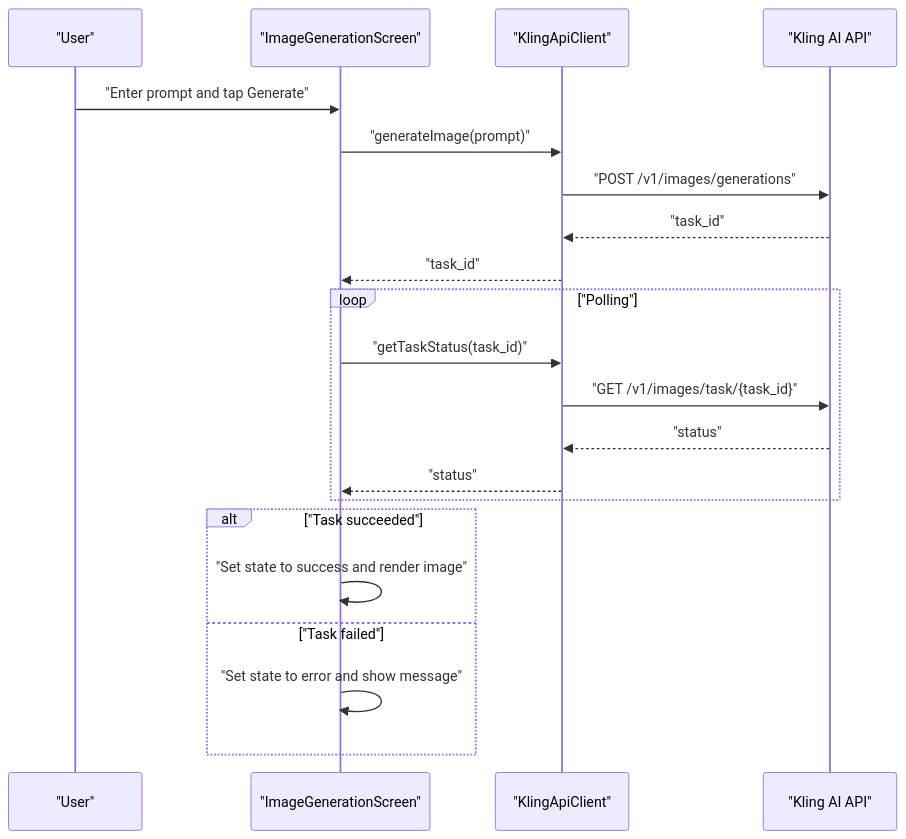
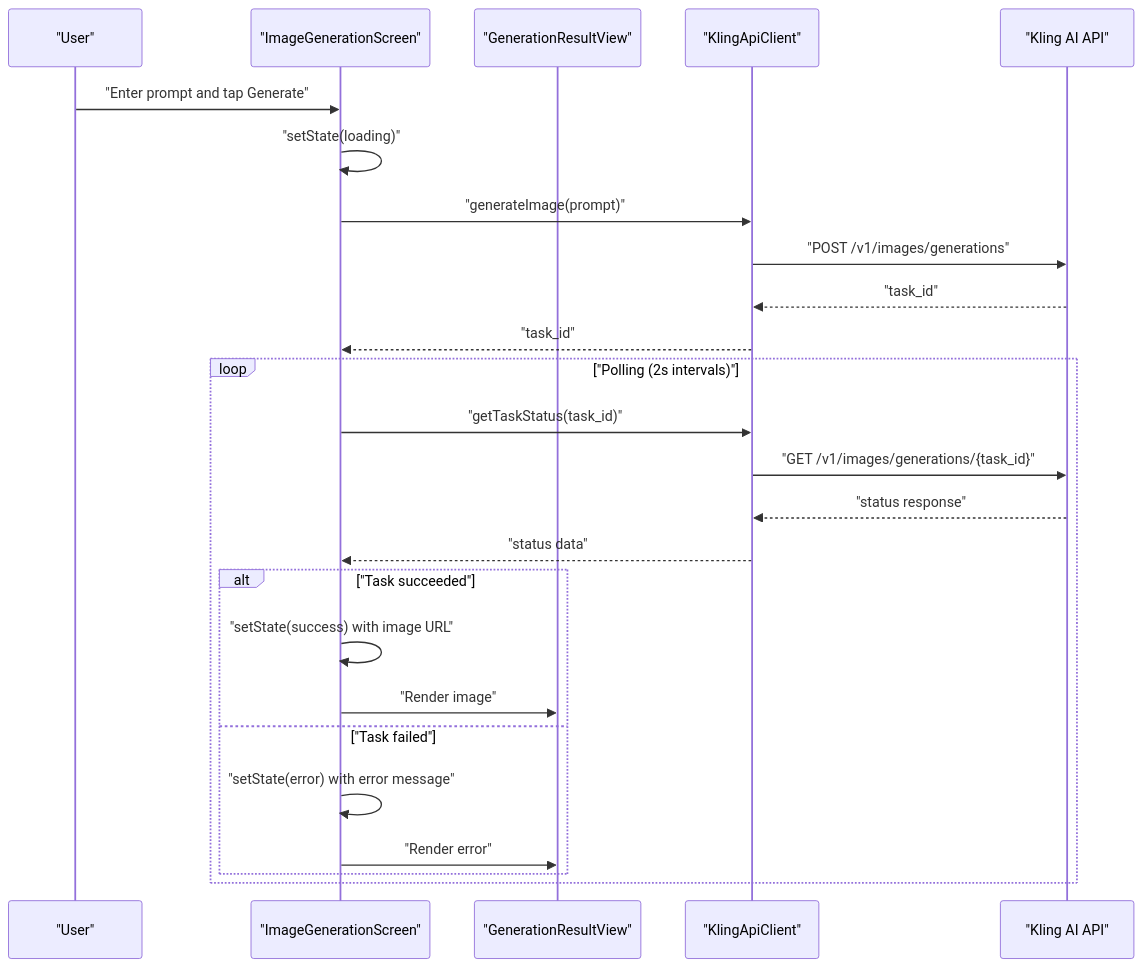
The second of 7 diagrams in .qoder/repowiki/en/content/Core Features/Core Features.md (cripnail/kling_app), drawn with Mermaid before and after one commit. The commit also changed other lines of this file and 15 other files, not shown here.

````diff
--- a/.qoder/repowiki/en/content/Core Features/Core Features.md
+++ b/.qoder/repowiki/en/content/Core Features/Core Features.md
@@ -84,23 +116,27 @@
 ```mermaid
 sequenceDiagram
 participant U as "User"
 participant S as "ImageGenerationScreen"
+participant R as "GenerationResultView"
 participant C as "KlingApiClient"
 participant A as "Kling AI API"
 U->>S : "Enter prompt and tap Generate"
+S->>S : "setState(loading)"
 S->>C : "generateImage(prompt)"
 C->>A : "POST /v1/images/generations"
 A-->>C : "task_id"
 C-->>S : "task_id"
-loop "Polling"
+loop "Polling (2s intervals)"
 S->>C : "getTaskStatus(task_id)"
-C->>A : "GET /v1/images/task/{task_id}"
-A-->>C : "status"
-C-->>S : "status"
+C->>A : "GET /v1/images/generations/{task_id}"
+A-->>C : "status response"
+C-->>S : "status data"
+alt "Task succeeded"
+S->>S : "setState(success) with image URL"
+S->>R : "Render image"
+else "Task failed"
+S->>S : "setState(error) with error message"
+S->>R : "Render error"
 end
-alt "Task succeeded"
-S->>S : "Set state to success and render image"
-else "Task failed"
-S->>S : "Set state to error and show message"
 end
 ```
````
